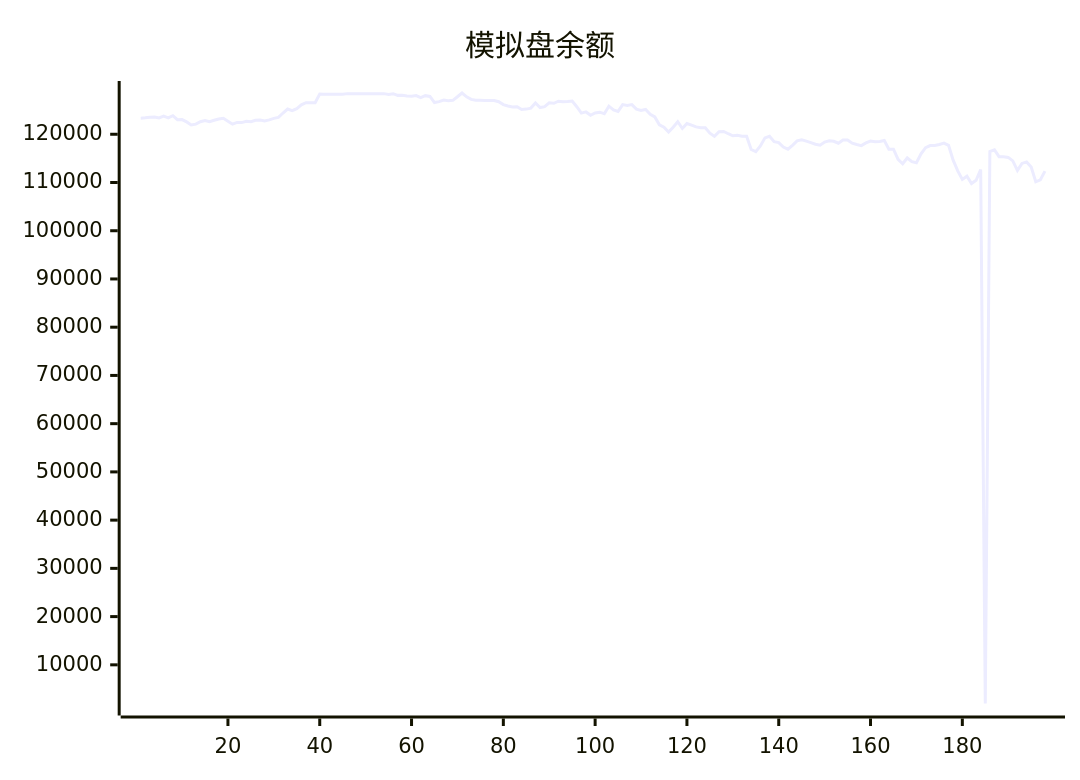
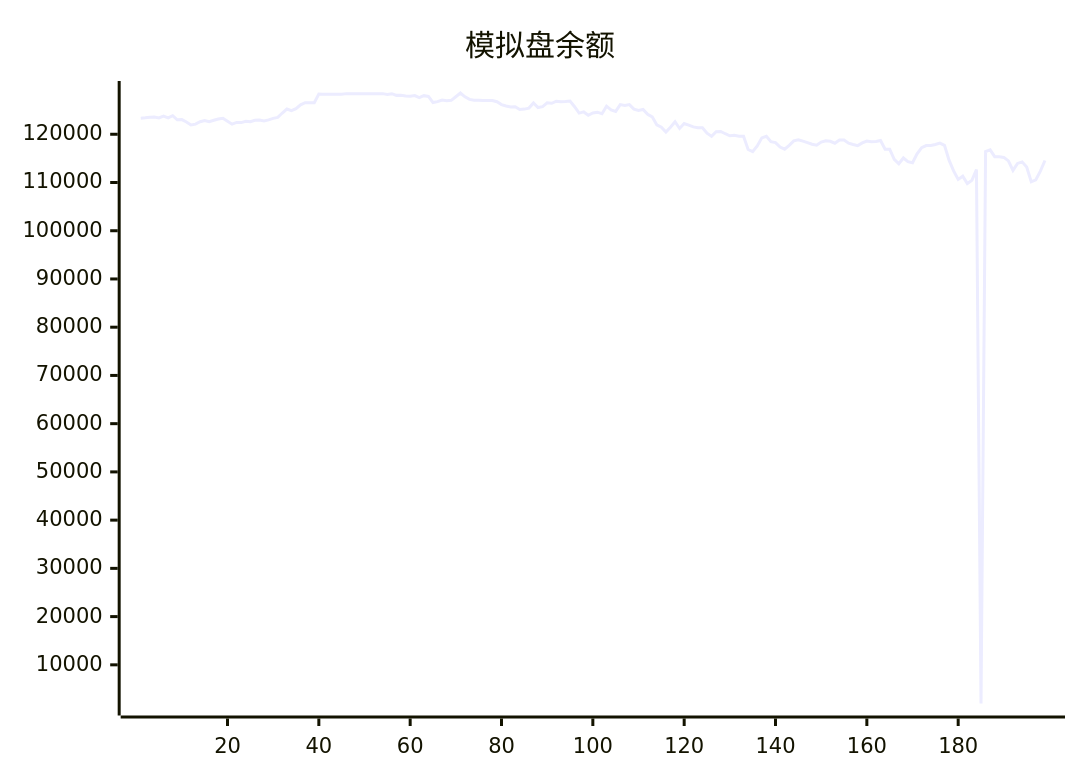
Before and after one commit to aahl/ai-trading: the diagram in README.md, drawn with Mermaid. The commit also changed other lines of this file and 1 other file, not shown here.

````diff
--- a/README.md
+++ b/README.md
@@ -5,5 +5,5 @@
 ```mermaid
 xychart
     title "模拟盘余额"
-    line [123338,123402,123530,123592,123378,123745,123413,123853,123009,123040,122557,121938,122095,122599,122856,122597,122898,123160,123319,122719,122087,122454,122416,122685,122592,122907,122961,122776,122981,123295,123507,124403,125224,124894,125303,126088,126544,126534,126549,128335,128318,128318,128318,128318,128318,128424,128424,128424,128424,128424,128424,128424,128424,128424,128247,128412,128062,128087,127917,127901,128026,127611,128000,127850,126572,126770,127100,126971,127029,127783,128554,127765,127224,127064,127044,127009,127025,127004,126738,126152,125871,125635,125707,125117,125217,125420,126480,125545,125715,126511,126424,126856,126764,126788,126890,125710,124381,124632,123936,124402,124574,124256,125833,125070,124739,126154,125966,126145,125213,124943,125143,124157,123604,121959,121476,120476,121470,122610,121201,122221,121889,121522,121332,121344,120232,119559,120513,120577,120108,119680,119777,119572,119568,116839,116392,117573,119250,119585,118469,118277,117338,116897,117706,118628,118849,118579,118280,117926,117735,118373,118639,118544,118136,118798,118819,118162,117874,117649,118215,118601,118463,118517,118713,116911,116899,114798,113887,115084,114313,114091,115934,117221,117658,117658,117883,118164,117693,114632,112403,110644,111313,109777,110444,112673,1984,116419,116772,115355,115355,115198,114476,112510,113954,114276,113223,110151,110561,112361]
+    line [123338,123402,123530,123592,123378,123745,123413,123853,123009,123040,122557,121938,122095,122599,122856,122597,122898,123160,123319,122719,122087,122454,122416,122685,122592,122907,122961,122776,122981,123295,123507,124403,125224,124894,125303,126088,126544,126534,126549,128335,128318,128318,128318,128318,128318,128424,128424,128424,128424,128424,128424,128424,128424,128424,128247,128412,128062,128087,127917,127901,128026,127611,128000,127850,126572,126770,127100,126971,127029,127783,128554,127765,127224,127064,127044,127009,127025,127004,126738,126152,125871,125635,125707,125117,125217,125420,126480,125545,125715,126511,126424,126856,126764,126788,126890,125710,124381,124632,123936,124402,124574,124256,125833,125070,124739,126154,125966,126145,125213,124943,125143,124157,123604,121959,121476,120476,121470,122610,121201,122221,121889,121522,121332,121344,120232,119559,120513,120577,120108,119680,119777,119572,119568,116839,116392,117573,119250,119585,118469,118277,117338,116897,117706,118628,118849,118579,118280,117926,117735,118373,118639,118544,118136,118798,118819,118162,117874,117649,118215,118601,118463,118517,118713,116911,116899,114798,113887,115084,114313,114091,115934,117221,117658,117658,117883,118164,117693,114632,112403,110644,111313,109777,110444,112673,1984,116419,116772,115355,115355,115198,114476,112510,113954,114276,113223,110151,110561,112361,114562]
 ```
````
